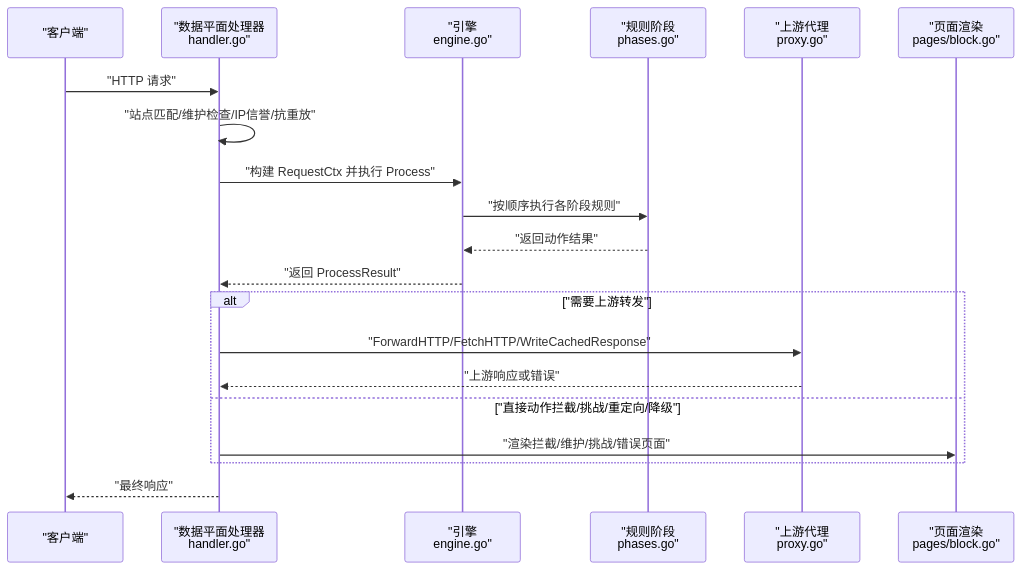
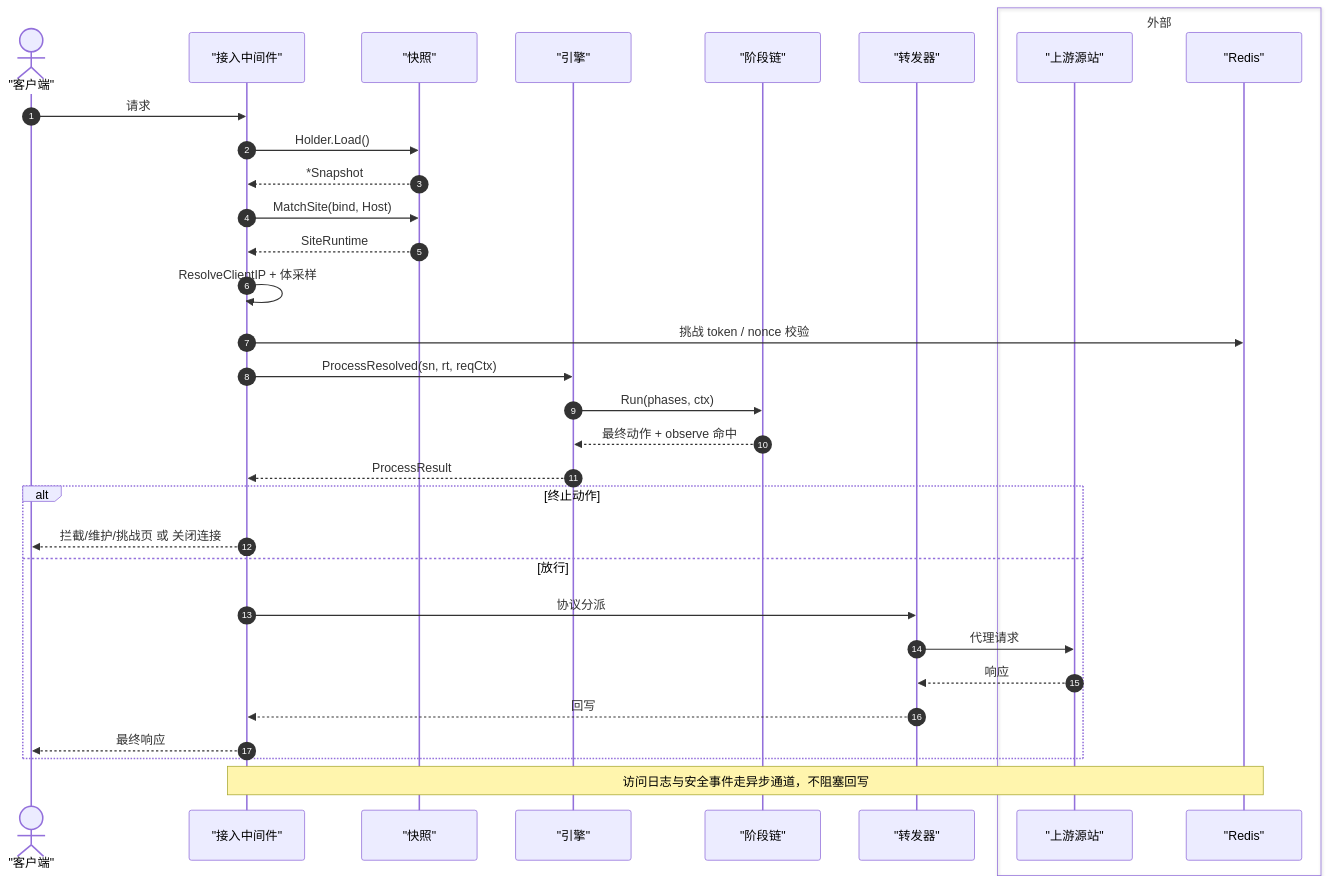
The fourth of 7 diagrams in docs/系统架构设计/数据流分析.md (x01n/My-OpenWaf), drawn with Mermaid before and after one commit. The commit also changed other lines of this file and 622 other files, not shown here.

````diff
--- a/docs/系统架构设计/数据流分析.md
+++ b/docs/系统架构设计/数据流分析.md
@@ -95,22 +300,35 @@
 ```mermaid
 sequenceDiagram
-participant Client as "客户端"
-participant DP as "数据平面处理器<br/>handler.go"
-participant Eng as "引擎<br/>engine.go"
-participant Phases as "规则阶段<br/>phases.go"
-participant Proxy as "上游代理<br/>proxy.go"
-participant Page as "页面渲染<br/>pages/block.go"
-Client->>DP : "HTTP 请求"
-DP->>DP : "站点匹配/维护检查/IP信誉/抗重放"
-DP->>Eng : "构建 RequestCtx 并执行 Process"
-Eng->>Phases : "按顺序执行各阶段规则"
-Phases-->>Eng : "返回动作结果"
-Eng-->>DP : "返回 ProcessResult"
-alt "需要上游转发"
-DP->>Proxy : "ForwardHTTP/FetchHTTP/WriteCachedResponse"
-Proxy-->>DP : "上游响应或错误"
-else "直接动作拦截/挑战/重定向/降级"
-DP->>Page : "渲染拦截/维护/挑战/错误页面"
-end
-DP-->>Client : "最终响应"
+  autonumber
+  actor C as "客户端"
+  participant H as "接入中间件"
+  participant S as "快照"
+  participant E as "引擎"
+  participant P as "阶段链"
+  participant X as "转发器"
+  box 外部
+    participant U as "上游源站"
+    participant R as "Redis"
+  end
+  C->>H: 请求
+  H->>S: Holder.Load()
+  S-->>H: *Snapshot
+  H->>S: MatchSite(bind, Host)
+  S-->>H: SiteRuntime
+  H->>H: ResolveClientIP + 体采样
+  H->>R: 挑战 token / nonce 校验
+  H->>E: ProcessResolved(sn, rt, reqCtx)
+  E->>P: Run(phases, ctx)
+  P-->>E: 最终动作 + observe 命中
+  E-->>H: ProcessResult
+  alt 终止动作
+    H-->>C: 拦截/维护/挑战页 或 关闭连接
+  else 放行
+    H->>X: 协议分派
+    X->>U: 代理请求
+    U-->>X: 响应
+    X-->>H: 回写
+    H-->>C: 最终响应
+  end
+  Note over H,R: 访问日志与安全事件走异步通道，不阻塞回写
 ```
````
